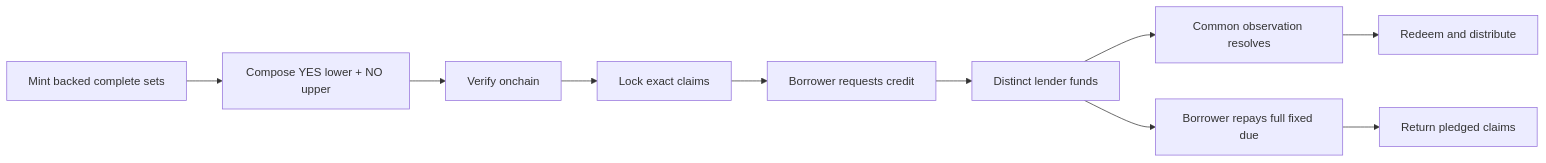
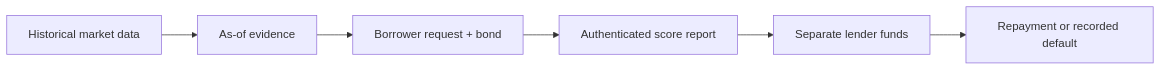
The diagram in docs/mintlify/index.mdx (debojyoti10CC/floorprt), drawn with Mermaid before and after one commit. The commit also changed other lines of this file and 6 other files, not shown here.

````diff
--- a/docs/mintlify/index.mdx
+++ b/docs/mintlify/index.mdx
@@ -21,12 +21,8 @@
 ```mermaid
 flowchart LR
-  A[Mint backed complete sets] --> B[Compose YES lower + NO upper]
-  B --> C[Verify onchain]
-  C --> D[Lock exact claims]
-  D --> E[Borrower requests credit]
-  E --> F[Distinct lender funds]
-  F --> G[Common observation resolves]
-  G --> H[Redeem and distribute]
-  F --> I[Borrower repays full fixed due]
-  I --> J[Return pledged claims]
+  D[Historical market data] --> E[As-of evidence]
+  E --> B[Borrower request + bond]
+  B --> A[Authenticated score report]
+  A --> L[Separate lender funds]
+  L --> R[Repayment or recorded default]
 ```
````
